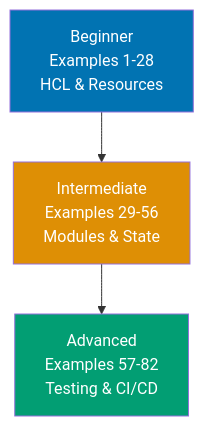
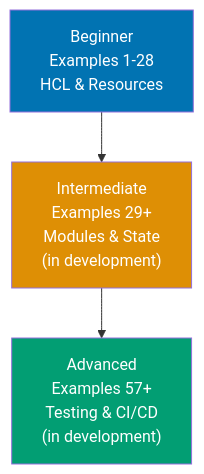
One commit to wahidyankf/open-sharia-enterprise changed the diagram in apps/ayokoding-web/content/en/learn/software-engineering/infrastructure/tools/terraform/tutorials/by-example/overview.md. Above: the diagram before and after it, drawn with Mermaid. The commit also changed other lines of this file and 12 other files, not shown here.

````diff
--- a/apps/ayokoding-web/content/en/learn/software-engineering/infrastructure/tools/terraform/tutorials/by-example/overview.md
+++ b/apps/ayokoding-web/content/en/learn/software-engineering/infrastructure/tools/terraform/tutorials/by-example/overview.md
@@ -41,10 +41,10 @@
 ```mermaid
 %% Color Palette: Blue #0173B2, Orange #DE8F05, Teal #029E73, Purple #CC78BC, Brown #CA9161
 graph TD
-    A["Beginner<br/>Examples 1-28<br/>HCL & Resources"] --> B["Intermediate<br/>Examples 29-56<br/>Modules & State"]
-    B --> C["Advanced<br/>Examples 57-82<br/>Testing & CI/CD"]
+    A["Beginner<br/>Examples 1-28<br/>HCL & Resources"] --> B["Intermediate<br/>Examples 29+<br/>Modules & State<br/>#40;in development#41;"]
+    B --> C["Advanced<br/>Examples 57+<br/>Testing & CI/CD<br/>#40;in development#41;"]
 
     style A fill:#0173B2,color:#fff
     style B fill:#DE8F05,color:#fff
     style C fill:#029E73,color:#fff
 ```
````
